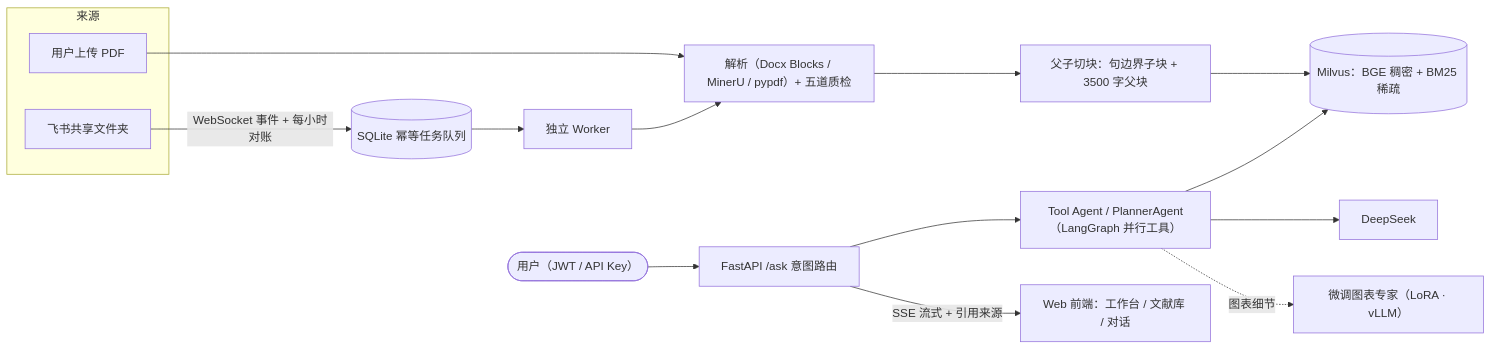
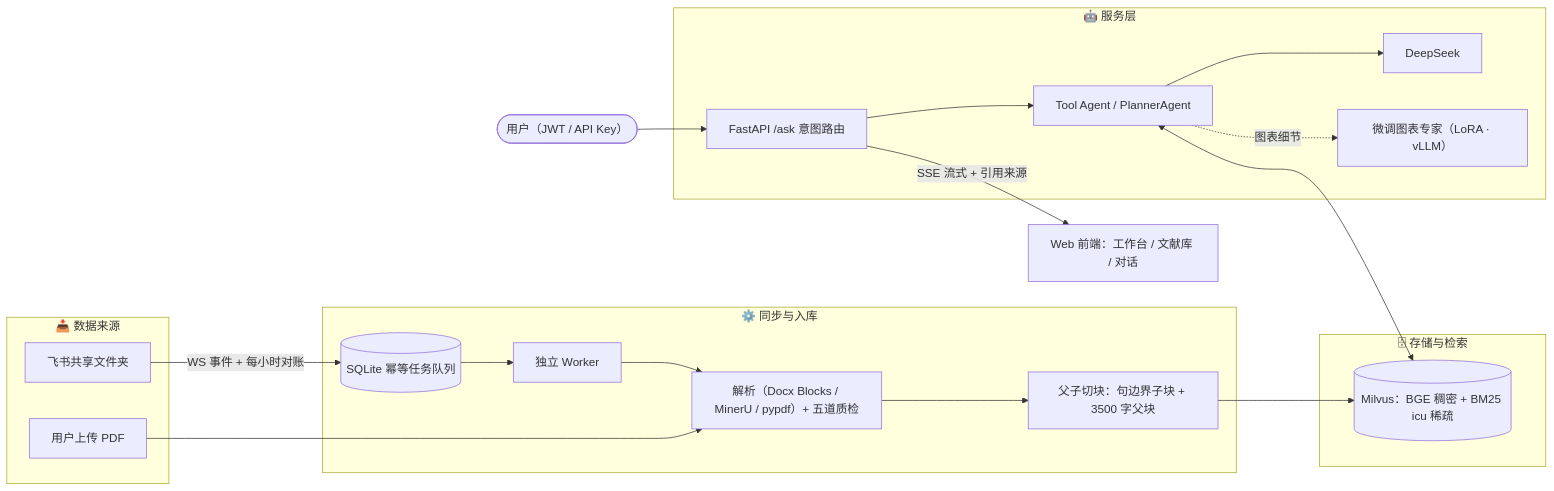
Before and after one commit to luoluoluo0/feishu-knowledge-agent: the diagram in README.md, drawn with Mermaid. The commit also changed other lines of this file, not shown here.

Commit message:
docs: README 美化——Hero区/技术徽章/功能总览表/分组架构图/折叠部署/路线图/致谢

````diff
--- a/README.md
+++ b/README.md
@@ -40,19 +41,34 @@
 ```mermaid
 flowchart LR
-    subgraph 来源
-        FS[飞书共享文件夹]
-        UP[用户上传 PDF]
+    subgraph S["📥 数据来源"]
+        FS["飞书共享文件夹"]
+        UP["用户上传 PDF"]
     end
-    FS -->|"WebSocket 事件 + 每小时对账"| Q[("SQLite 幂等任务队列")]
+    subgraph P["⚙️ 同步与入库"]
+        Q[("SQLite 幂等任务队列")]
+        W["独立 Worker"]
+        ING["解析（Docx Blocks / MinerU / pypdf）+ 五道质检"]
+        CHUNK["父子切块：句边界子块 + 3500 字父块"]
+    end
+    subgraph ST["🗄 存储与检索"]
+        MV[("Milvus：BGE 稠密 + BM25 icu 稀疏")]
+    end
+    subgraph A["🤖 服务层"]
+        API["FastAPI /ask 意图路由"]
+        TA["Tool Agent / PlannerAgent"]
+        LLM["DeepSeek"]
+        FT["微调图表专家（LoRA · vLLM）"]
+    end
+    U(["用户（JWT / API Key）"]) --> API
+    FE["Web 前端：工作台 / 文献库 / 对话"]
+
+    FS -->|"WS 事件 + 每小时对账"| Q
+    Q --> W --> ING
     UP --> ING
-    Q --> W["独立 Worker"] --> ING["解析（Docx Blocks / MinerU / pypdf）+ 五道质检"]
-    ING --> CHUNK["父子切块：句边界子块 + 3500 字父块"]
-    CHUNK --> MV[("Milvus：BGE 稠密 + BM25 稀疏")]
-
-    U(["用户（JWT / API Key）"]) --> API["FastAPI /ask 意图路由"]
-    API --> TA["Tool Agent / PlannerAgent（LangGraph 并行工具）"]
-    TA --> MV
-    TA --> LLM["DeepSeek"]
-    TA -.->|图表细节| FT["微调图表专家（LoRA · vLLM）"]
-    API -->|"SSE 流式 + 引用来源"| FE["Web 前端：工作台 / 文献库 / 对话"]
+    ING --> CHUNK --> MV
+    API --> TA
+    TA <--> MV
+    TA --> LLM
+    TA -.->|"图表细节"| FT
+    API -->|"SSE 流式 + 引用来源"| FE
 ```
````
